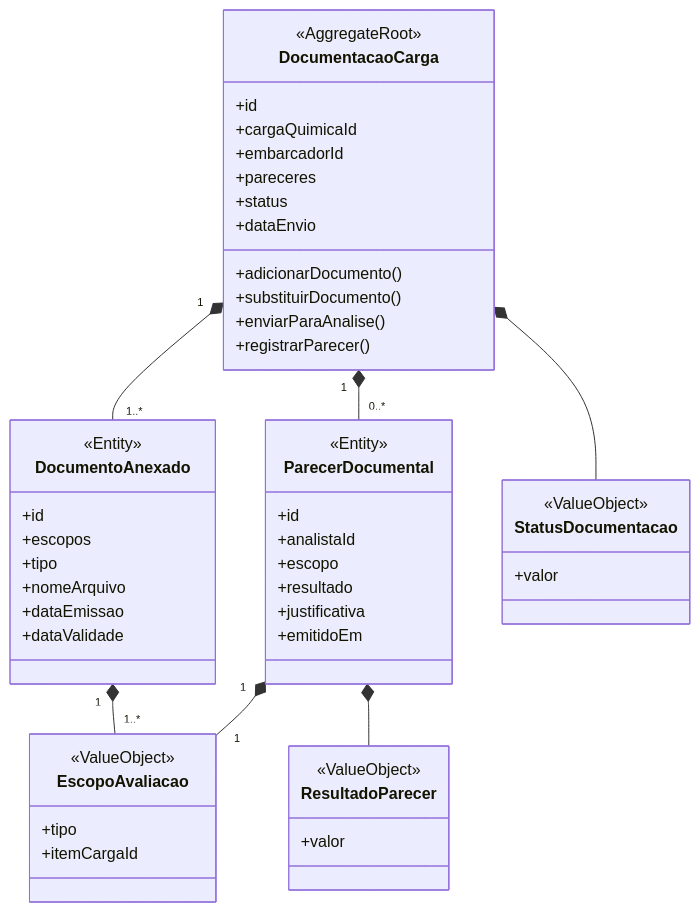
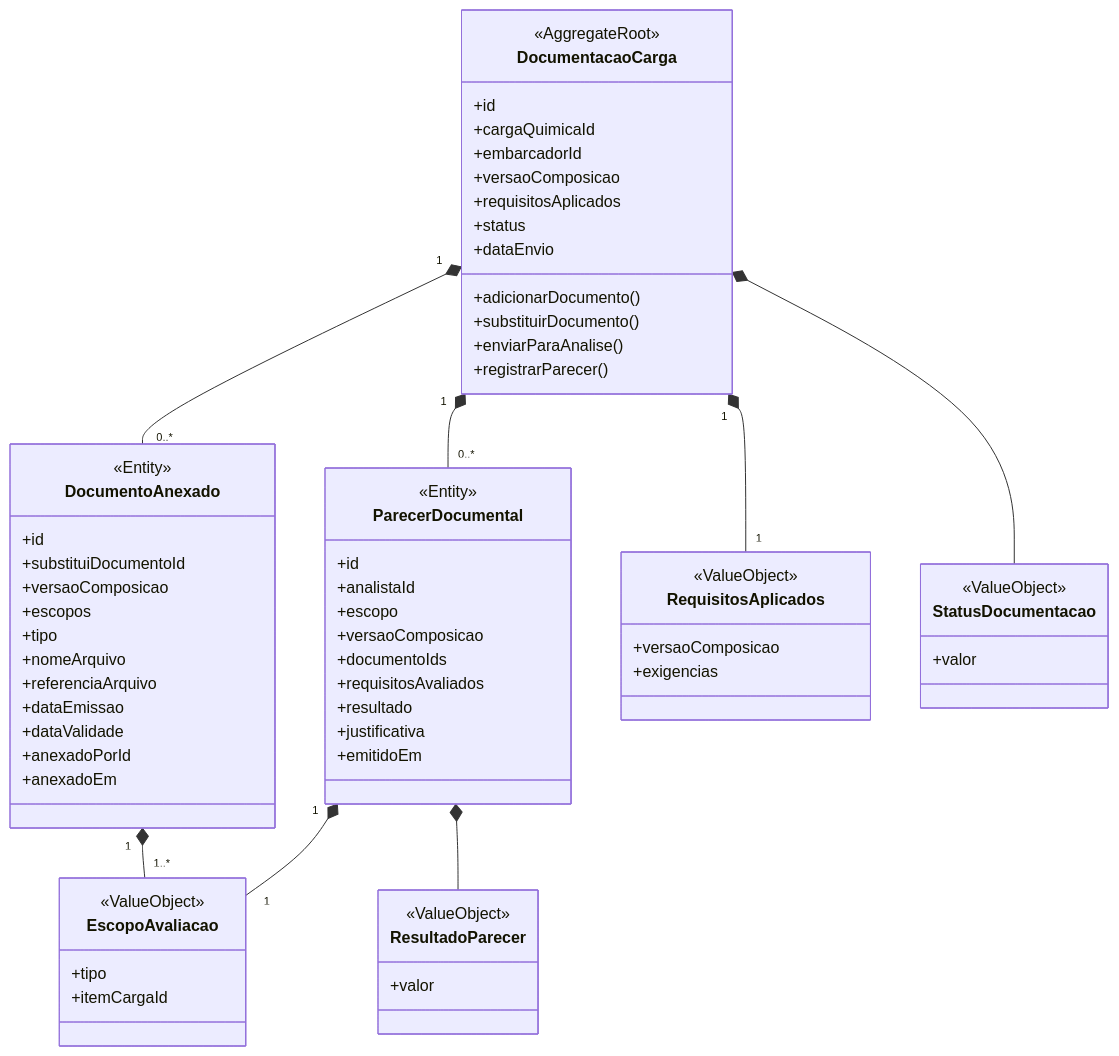
The fourth of 6 diagrams in docs/02-modelagem-com-ddd.md (TechChallengeFiap/Quimovia), drawn with Mermaid before and after one commit. The commit also changed other lines of this file, not shown here.

````diff
--- a/docs/02-modelagem-com-ddd.md
+++ b/docs/02-modelagem-com-ddd.md
@@ -180,59 +253,76 @@
 ```mermaid
 classDiagram
+    direction TB
     class DocumentacaoCarga {
         <<AggregateRoot>>
         +id
         +cargaQuimicaId
         +embarcadorId
-        +pareceres
+        +versaoComposicao
+        +requisitosAplicados
         +status
         +dataEnvio
         +adicionarDocumento()
         +substituirDocumento()
         +enviarParaAnalise()
         +registrarParecer()
     }
 
     class DocumentoAnexado {
         <<Entity>>
         +id
+        +substituiDocumentoId
+        +versaoComposicao
         +escopos
         +tipo
         +nomeArquivo
+        +referenciaArquivo
         +dataEmissao
         +dataValidade
+        +anexadoPorId
+        +anexadoEm
     }
 
     class ParecerDocumental {
         <<Entity>>
         +id
         +analistaId
         +escopo
+        +versaoComposicao
+        +documentoIds
+        +requisitosAvaliados
         +resultado
         +justificativa
         +emitidoEm
+    }
+
+    class RequisitosAplicados {
+        <<ValueObject>>
+        +versaoComposicao
+        +exigencias
     }
 
     class StatusDocumentacao {
         <<ValueObject>>
         +valor
     }
 
     class ResultadoParecer {
         <<ValueObject>>
         +valor
     }
 
     class EscopoAvaliacao {
         <<ValueObject>>
         +tipo
         +itemCargaId
     }
 
-    DocumentacaoCarga "1" *-- "1..*" DocumentoAnexado
+    DocumentacaoCarga "1" *-- "0..*" DocumentoAnexado
     DocumentacaoCarga "1" *-- "0..*" ParecerDocumental
+    DocumentacaoCarga "1" *-- "1" RequisitosAplicados
     DocumentacaoCarga *-- StatusDocumentacao
     ParecerDocumental *-- ResultadoParecer
     DocumentoAnexado "1" *-- "1..*" EscopoAvaliacao
     ParecerDocumental "1" *-- "1" EscopoAvaliacao
 ```
````
